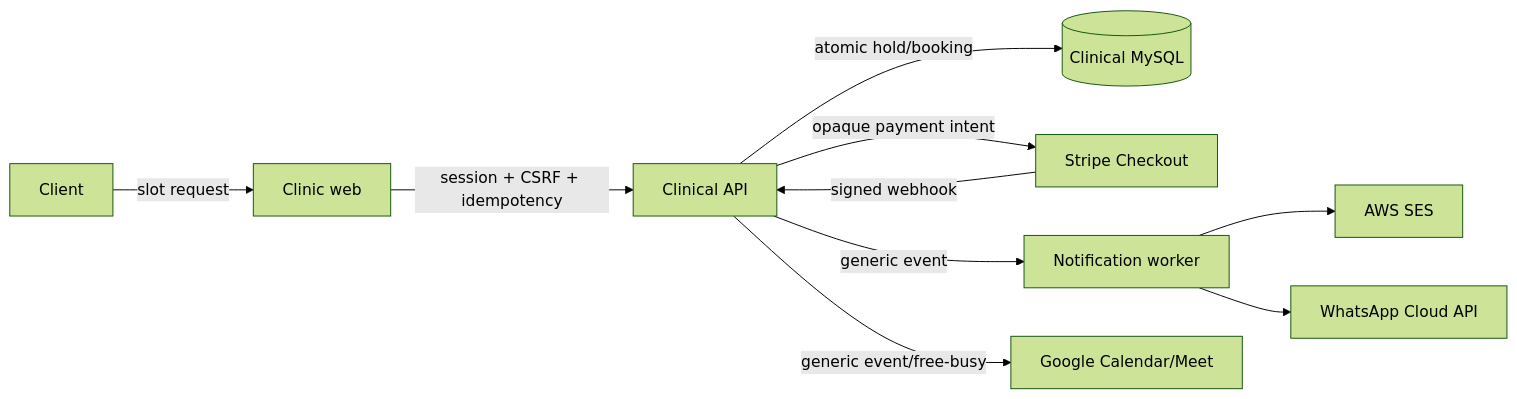
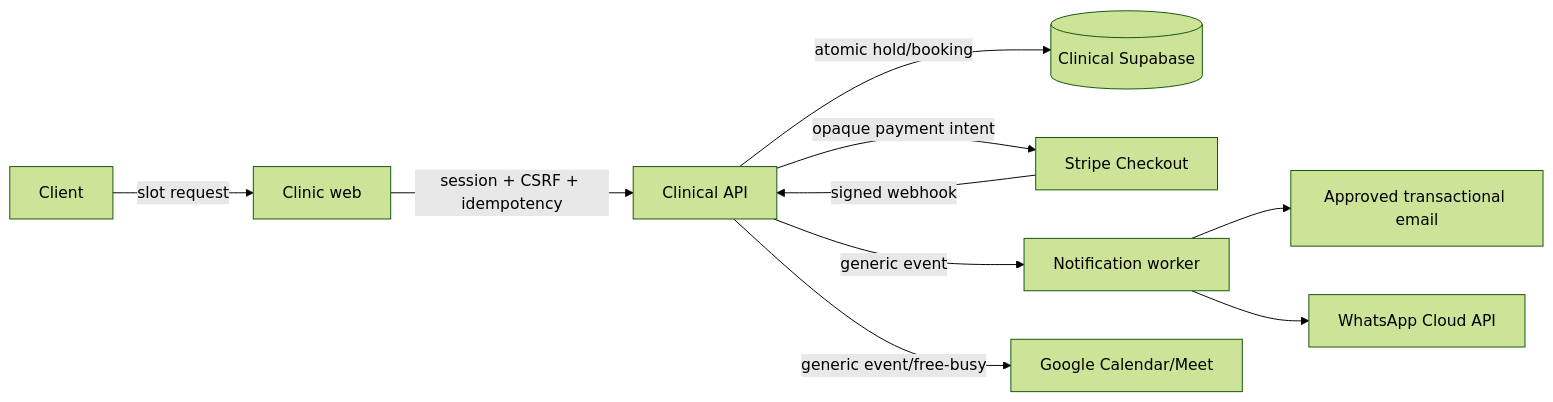
The second of 3 diagrams in docs/threat-models/stage-01-high-risk-flows.md (raim93-ai/budimind), drawn with Mermaid (forest theme) before and after one commit. The commit also changed other lines of this file and 23 other files, not shown here.

````diff
--- a/docs/threat-models/stage-01-high-risk-flows.md
+++ b/docs/threat-models/stage-01-high-risk-flows.md
@@ -39,12 +39,12 @@
 ```mermaid
 flowchart LR
   U[Client] -->|slot request| W[Clinic web]
   W -->|session + CSRF + idempotency| A[Clinical API]
-  A -->|atomic hold/booking| D[(Clinical MySQL)]
+  A -->|atomic hold/booking| D[(Clinical Supabase)]
   A -->|opaque payment intent| S[Stripe Checkout]
   S -->|signed webhook| A
   A -->|generic event| Q[Notification worker]
-  Q --> E[AWS SES]
+  Q --> E[Approved transactional email]
   Q --> M[WhatsApp Cloud API]
   A -->|generic event/free-busy| G[Google Calendar/Meet]
 ```
````
